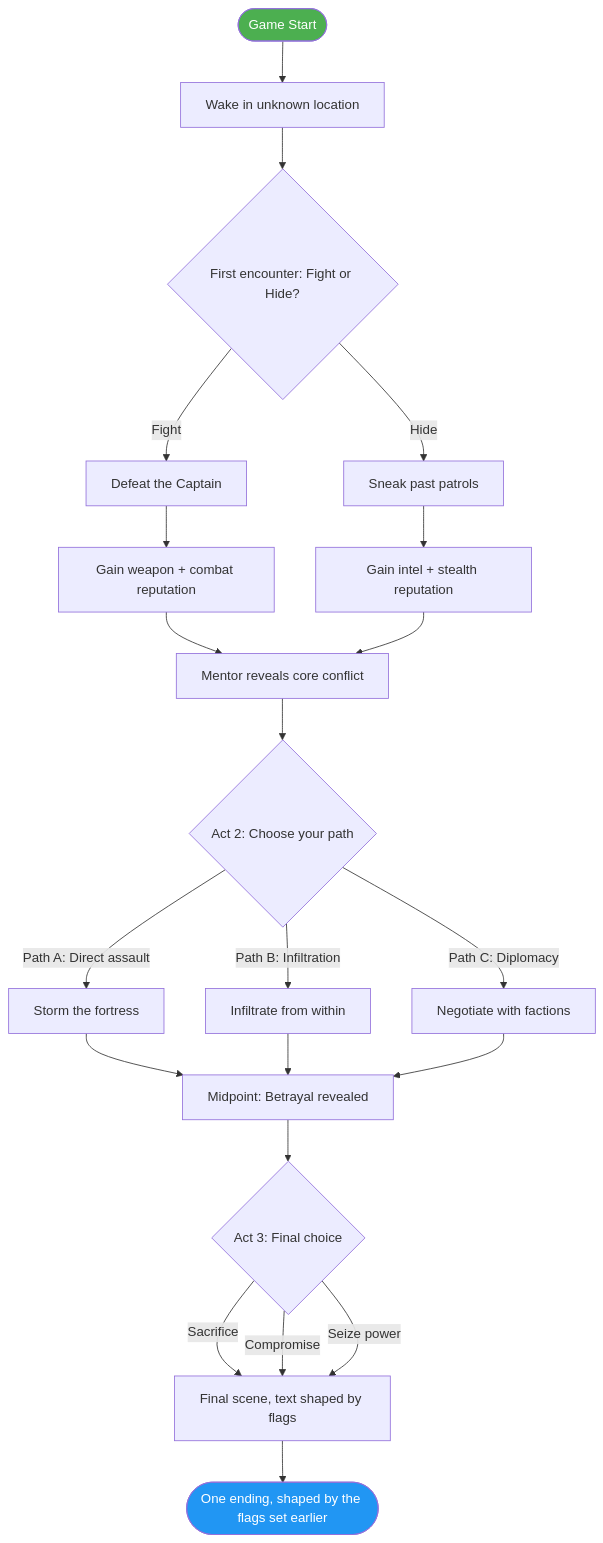
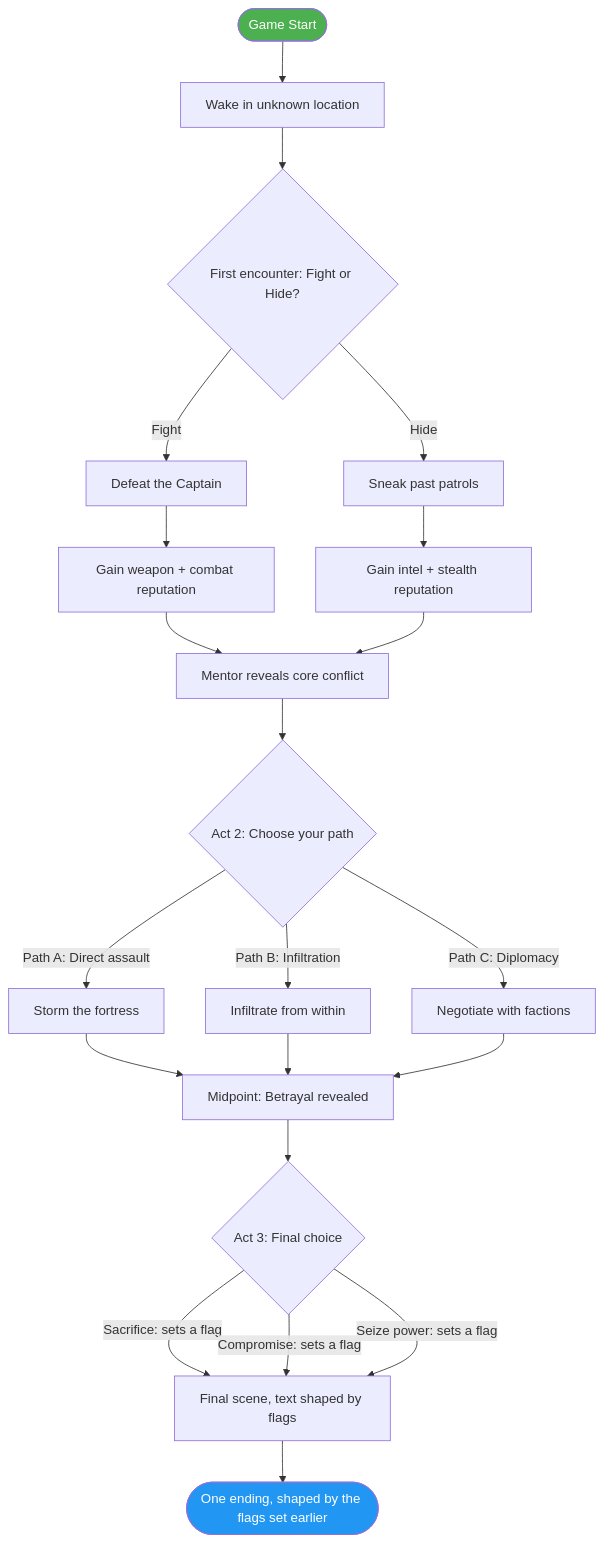
The diagram in skills/story-structure-game/templates/branching-diagram.md (fcsouza/agent-skills), drawn with Mermaid before and after one commit. The commit also changed 4 other files, not shown here.

````diff
--- a/skills/story-structure-game/templates/branching-diagram.md
+++ b/skills/story-structure-game/templates/branching-diagram.md
@@ -11,37 +11,37 @@
 ```mermaid
 flowchart TD
     START([Game Start]) --> BEAT_001[Wake in unknown location]
     BEAT_001 --> BEAT_002{First encounter: Fight or Hide?}
 
     %% Branch: Fight
     BEAT_002 -->|Fight| BEAT_002A[Defeat the Captain]
     BEAT_002A --> BEAT_002A_R[Gain weapon + combat reputation]
 
     %% Branch: Hide
     BEAT_002 -->|Hide| BEAT_002B[Sneak past patrols]
     BEAT_002B --> BEAT_002B_R[Gain intel + stealth reputation]
 
     %% Merge point
     BEAT_002A_R --> BEAT_003[Mentor reveals core conflict]
     BEAT_002B_R --> BEAT_003
 
     BEAT_003 --> ACT2{Act 2: Choose your path}
 
     ACT2 -->|Path A: Direct assault| ACT2_A[Storm the fortress]
     ACT2 -->|Path B: Infiltration| ACT2_B[Infiltrate from within]
     ACT2 -->|Path C: Diplomacy| ACT2_C[Negotiate with factions]
 
     ACT2_A --> MIDPOINT[Midpoint: Betrayal revealed]
     ACT2_B --> MIDPOINT
     ACT2_C --> MIDPOINT
 
     MIDPOINT --> ACT3{Act 3: Final choice}
-    ACT3 -->|Sacrifice| FINALE[Final scene, text shaped by flags]
-    ACT3 -->|Compromise| FINALE
-    ACT3 -->|Seize power| FINALE
+    ACT3 -->|Sacrifice: sets a flag| FINALE[Final scene, text shaped by flags]
+    ACT3 -->|Compromise: sets a flag| FINALE
+    ACT3 -->|Seize power: sets a flag| FINALE
     FINALE --> ENDING([One ending, shaped by the flags set earlier])
 
     %% Styling
     style START fill:#4CAF50,color:#fff
     style ENDING fill:#2196F3,color:#fff
 ```
````
